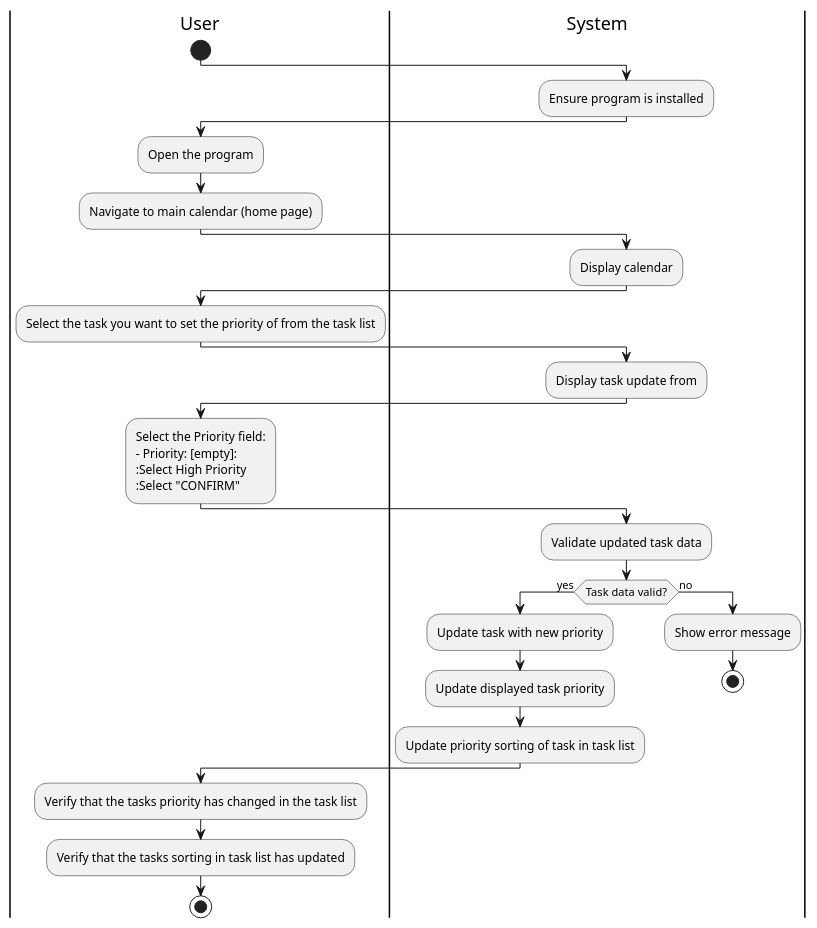
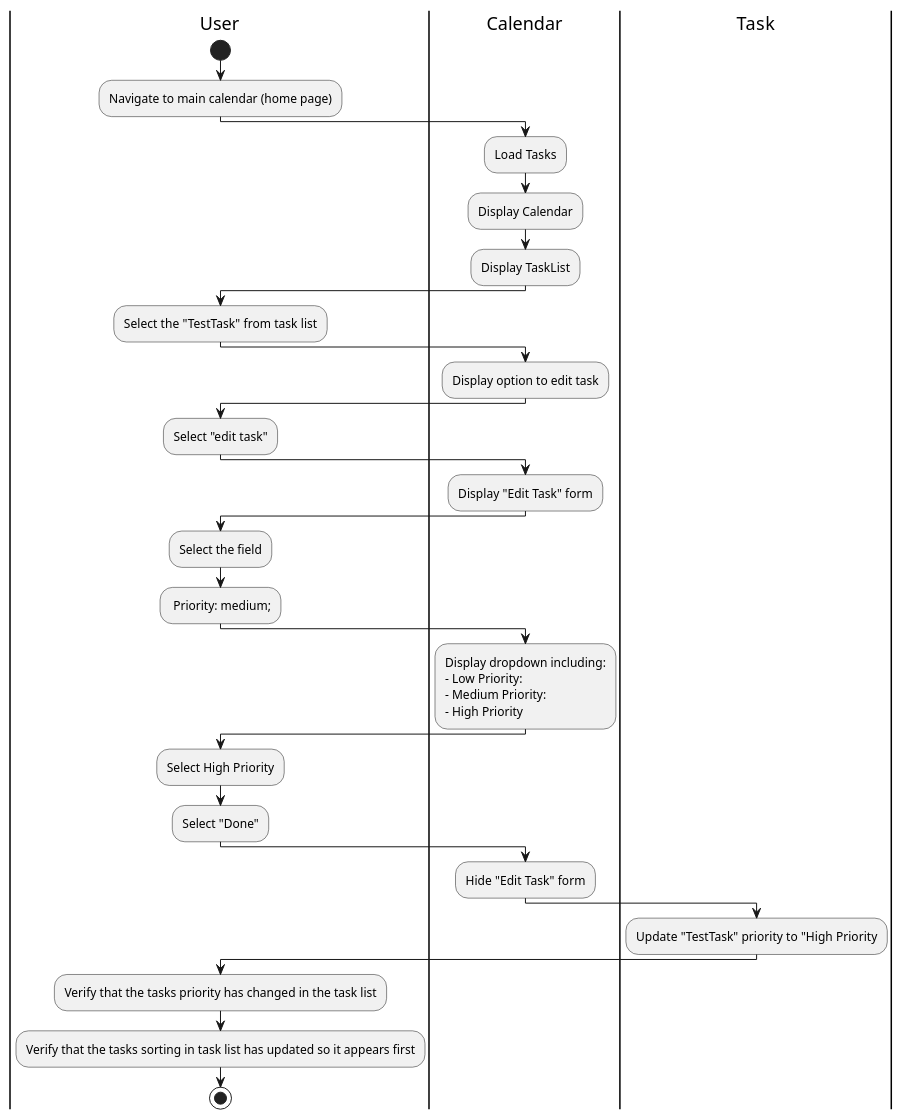
Before and after one commit to CS361-2024Fall-Term/Innovators: the diagram in assignment7/set_task_priority.puml, drawn with PlantUML. The commit also changed 1 other file, not shown here.

Commit message:
Revise set_task_priority and change_category_color activity diagrams

```diff
--- a/assignment7/set_task_priority.puml
+++ b/assignment7/set_task_priority.puml
@@ -1,46 +1,50 @@
 @startuml
 |User|
 start
 
-|System|
-:Ensure program is installed;
+|User|
+:Navigate to main calendar (home page);
+
+|Calendar|
+:Load Tasks;
+:Display Calendar;
+:Display TaskList;
 
 |User|
-:Open the program;
-:Navigate to main calendar (home page);
+:Select the "TestTask" from task list;
 
-|System|
-:Display calendar;
+|Calendar|
+:Display option to edit task;
 
 |User|
-:Select the task you want to set the priority of from the task list;
+:Select "edit task";
 
-|System|
-:Display task update from;
+|Calendar|
+:Display "Edit Task" form;
 
 |User|
-:Select the Priority field:
-- Priority: [empty]:
-:Select High Priority
-:Select "CONFIRM";
+:Select the field;
+- Priority: medium;
 
-|System|
-:Validate updated task data;
+|Calendar|
+:Display dropdown including:
+- Low Priority:
+- Medium Priority:
+- High Priority;
 
-|System|
-if (Task data valid?) then (yes)
-  :Update task with new priority;
-  :Update displayed task priority;
-  :Update priority sorting of task in task list;
-else (no)
-  :Show error message;
-  stop
-endif
+|User|
+:Select High Priority;
+:Select "Done";
 
+|Calendar|
+:Hide "Edit Task" form;
+
+|Task|
+:Update "TestTask" priority to "High Priority;
 
 |User|
 :Verify that the tasks priority has changed in the task list;
-:Verify that the tasks sorting in task list has updated;
+:Verify that the tasks sorting in task list has updated so it appears first;
 stop
 
 @enduml
```
